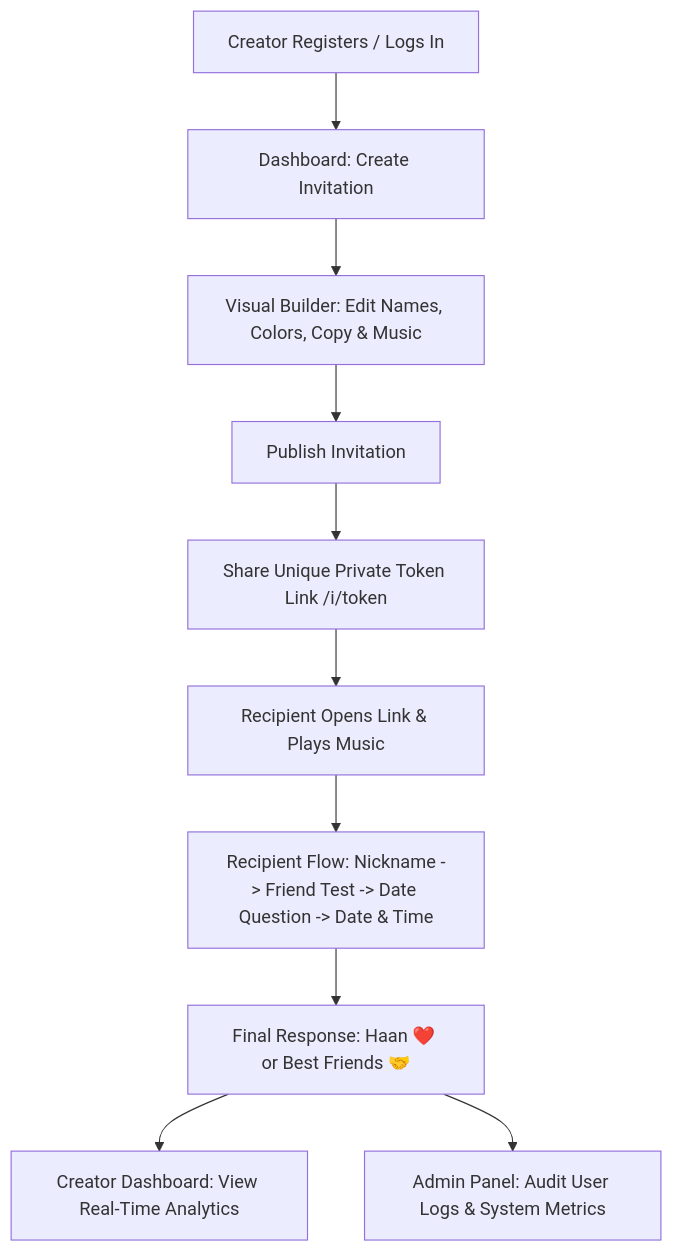
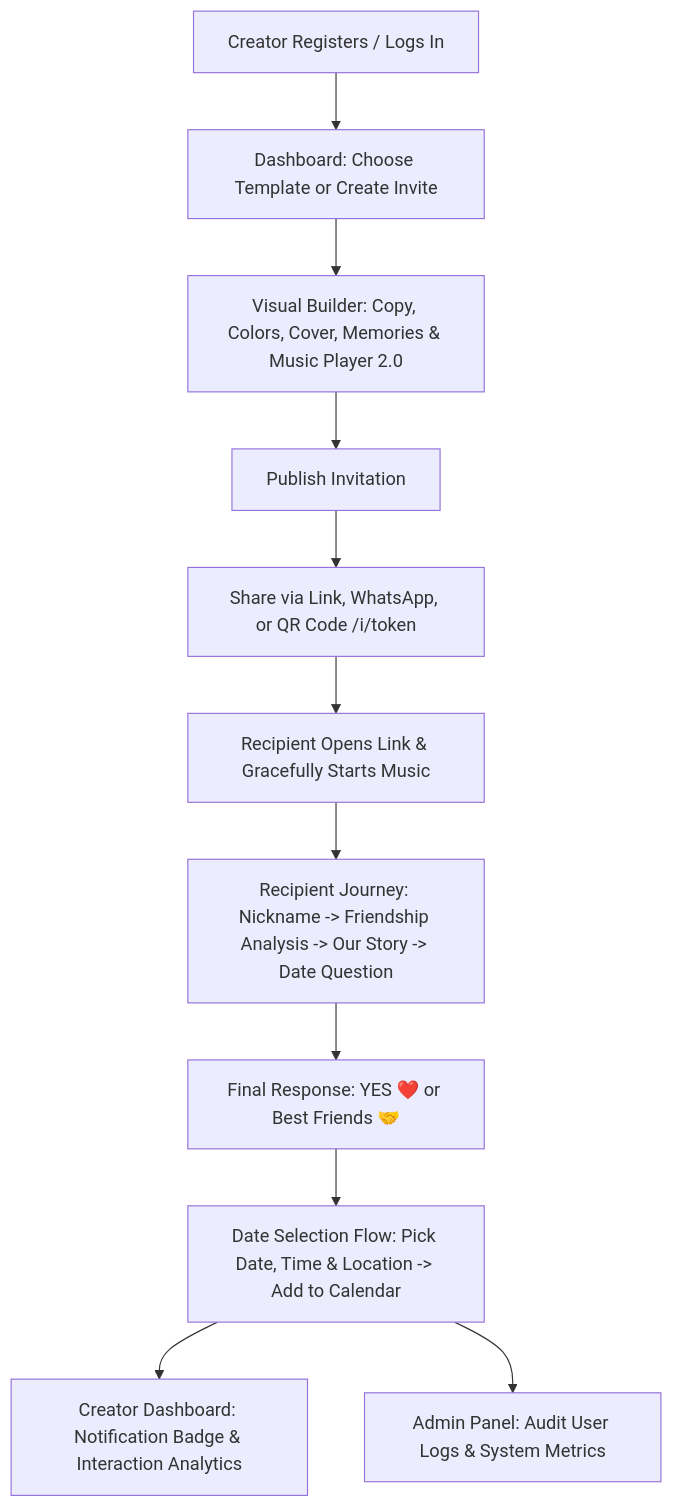
The diagram in README.md (ShivPatel412/Ask-Her-For-Date), drawn with Mermaid before and after one commit. The commit also changed other lines of this file, not shown here.

Commit message:
docs: update README with full roadmap features and Music Player 2.0 documentation

````diff
--- a/README.md
+++ b/README.md
@@ -34,12 +56,13 @@
 ```mermaid
 flowchart TD
-    A[Creator Registers / Logs In] --> B[Dashboard: Create Invitation]
-    B --> C[Visual Builder: Edit Names, Colors, Copy & Music]
+    A[Creator Registers / Logs In] --> B[Dashboard: Choose Template or Create Invite]
+    B --> C[Visual Builder: Copy, Colors, Cover, Memories & Music Player 2.0]
     C --> D[Publish Invitation]
-    D --> E[Share Unique Private Token Link /i/token]
-    E --> F[Recipient Opens Link & Plays Music]
-    F --> G[Recipient Flow: Nickname -> Friend Test -> Date Question -> Date & Time]
-    G --> H[Final Response: Haan ❤️ or Best Friends 🤝]
-    H --> I[Creator Dashboard: View Real-Time Analytics]
-    H --> J[Admin Panel: Audit User Logs & System Metrics]
+    D --> E[Share via Link, WhatsApp, or QR Code /i/token]
+    E --> F[Recipient Opens Link & Gracefully Starts Music]
+    F --> G[Recipient Journey: Nickname -> Friendship Analysis -> Our Story -> Date Question]
+    G --> H[Final Response: YES ❤️ or Best Friends 🤝]
+    H --> I[Date Selection Flow: Pick Date, Time & Location -> Add to Calendar]
+    I --> J[Creator Dashboard: Notification Badge & Interaction Analytics]
+    I --> K[Admin Panel: Audit User Logs & System Metrics]
 ```
````
